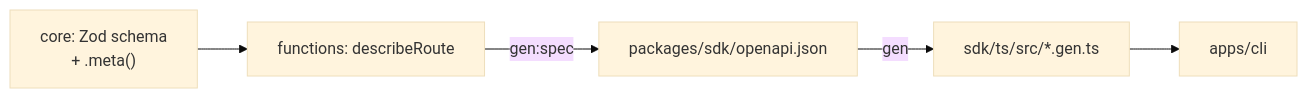
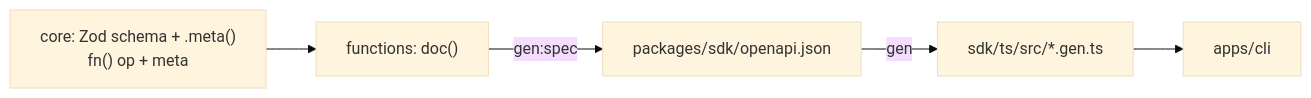
The second of 2 diagrams in docs/architecture.md (andre-brandao/template), drawn with Mermaid (base theme) before and after one commit. The commit also changed 7 other files, not shown here.

````diff
--- a/docs/architecture.md
+++ b/docs/architecture.md
@@ -52,7 +52,7 @@
 ```mermaid
 graph LR
-  schema["core: Zod schema<br/>+ .meta()"] --> route["functions: describeRoute"]
+  schema["core: Zod schema + .meta()<br/>fn() op + meta"] --> route["functions: doc()"]
   route -->|"gen:spec"| spec["packages/sdk/openapi.json"]
   spec -->|"gen"| gen["sdk/ts/src/*.gen.ts"]
   gen --> cli["apps/cli"]
 ```
````
